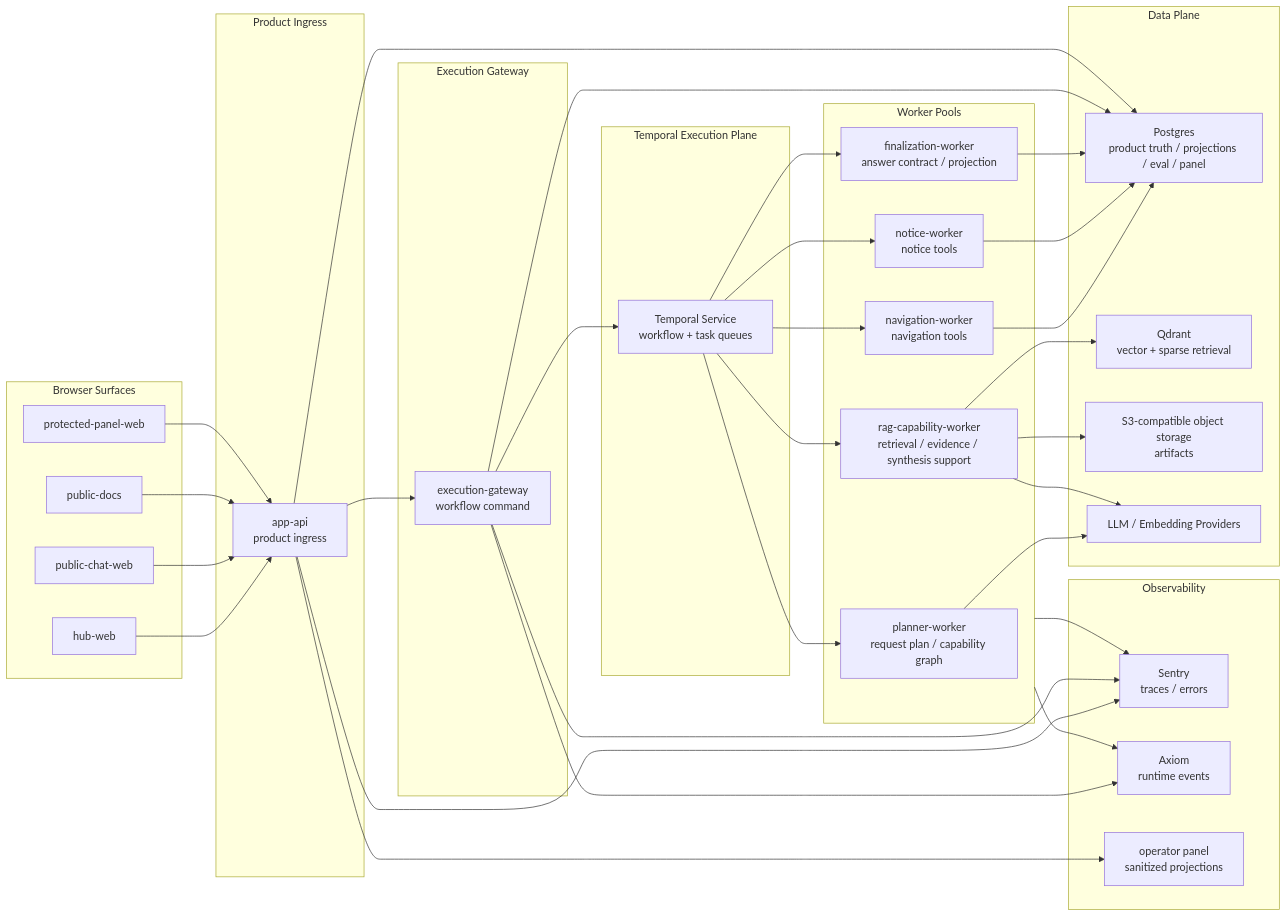
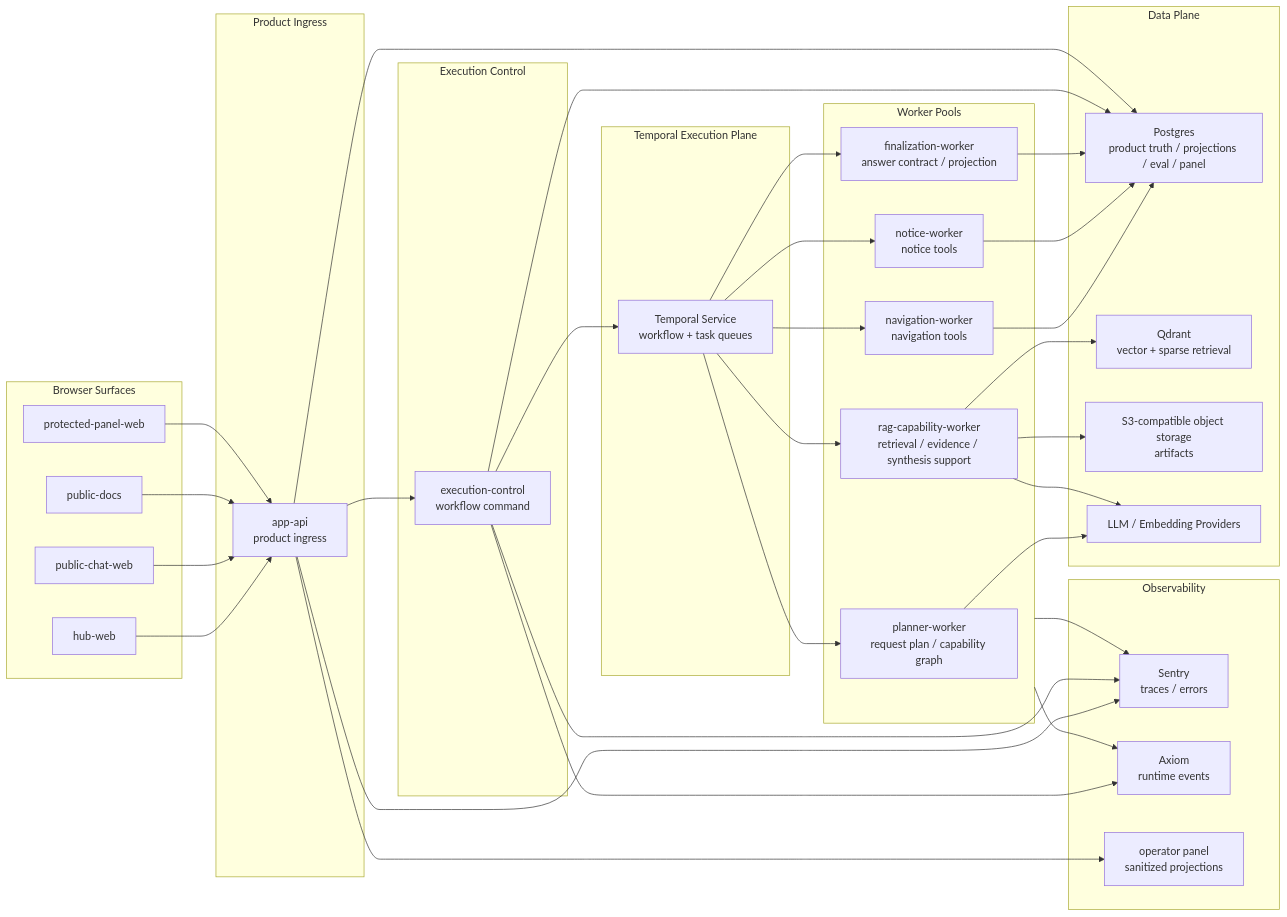
One commit to Luxfeier22331/campus-agent-main changed the diagram in docs/architecture/target-architecture.md. Above: the diagram before and after it, drawn with Mermaid. The commit also changed other lines of this file and 613 other files, not shown here.

First line of the commit message:
refactor: 收口 execution-control 执行控制层命名

````diff
--- a/docs/architecture/target-architecture.md
+++ b/docs/architecture/target-architecture.md
@@ -62,74 +62,74 @@
 ```mermaid
 flowchart LR
   subgraph Client["Browser Surfaces"]
     Hub["hub-web"]
     Chat["public-chat-web"]
     Docs["public-docs"]
     Panel["protected-panel-web"]
   end
 
   subgraph ProductIngress["Product Ingress"]
     AppAPI["app-api\nproduct ingress"]
   end
 
-  subgraph ExecutionIngress["Execution Gateway"]
-    Gateway["execution-gateway\nworkflow command"]
+  subgraph ExecutionIngress["Execution Control"]
+    Gateway["execution-control\nworkflow command"]
   end
 
   subgraph TemporalPlane["Temporal Execution Plane"]
     Temporal["Temporal Service\nworkflow + task queues"]
   end
 
   subgraph Workers["Worker Pools"]
     Planner["planner-worker\nrequest plan / capability graph"]
     RAG["rag-capability-worker\nretrieval / evidence / synthesis support"]
     Nav["navigation-worker\nnavigation tools"]
     Notice["notice-worker\nnotice tools"]
     Finalizer["finalization-worker\nanswer contract / projection"]
   end
 
   subgraph DataPlane["Data Plane"]
     PG["Postgres\nproduct truth / projections / eval / panel"]
     Qdrant["Qdrant\nvector + sparse retrieval"]
     ObjectStore["S3-compatible object storage\nartifacts"]
     Provider["LLM / Embedding Providers"]
   end
 
   subgraph Observability["Observability"]
     Sentry["Sentry\ntraces / errors"]
     Axiom["Axiom\nruntime events"]
     PanelOps["operator panel\nsanitized projections"]
   end
 
   Hub --> AppAPI
   Chat --> AppAPI
   Docs --> AppAPI
   Panel --> AppAPI
 
   AppAPI --> Gateway
   Gateway --> Temporal
 
   Temporal --> Planner
   Temporal --> RAG
   Temporal --> Nav
   Temporal --> Notice
   Temporal --> Finalizer
 
   Planner --> Provider
   RAG --> Qdrant
   RAG --> ObjectStore
   RAG --> Provider
   Nav --> PG
   Notice --> PG
   Finalizer --> PG
 
   Gateway --> PG
   AppAPI --> PG
   AppAPI --> PanelOps
 
   AppAPI --> Sentry
   Gateway --> Sentry
   Workers --> Sentry
   Workers --> Axiom
   Gateway --> Axiom
 ```
````
